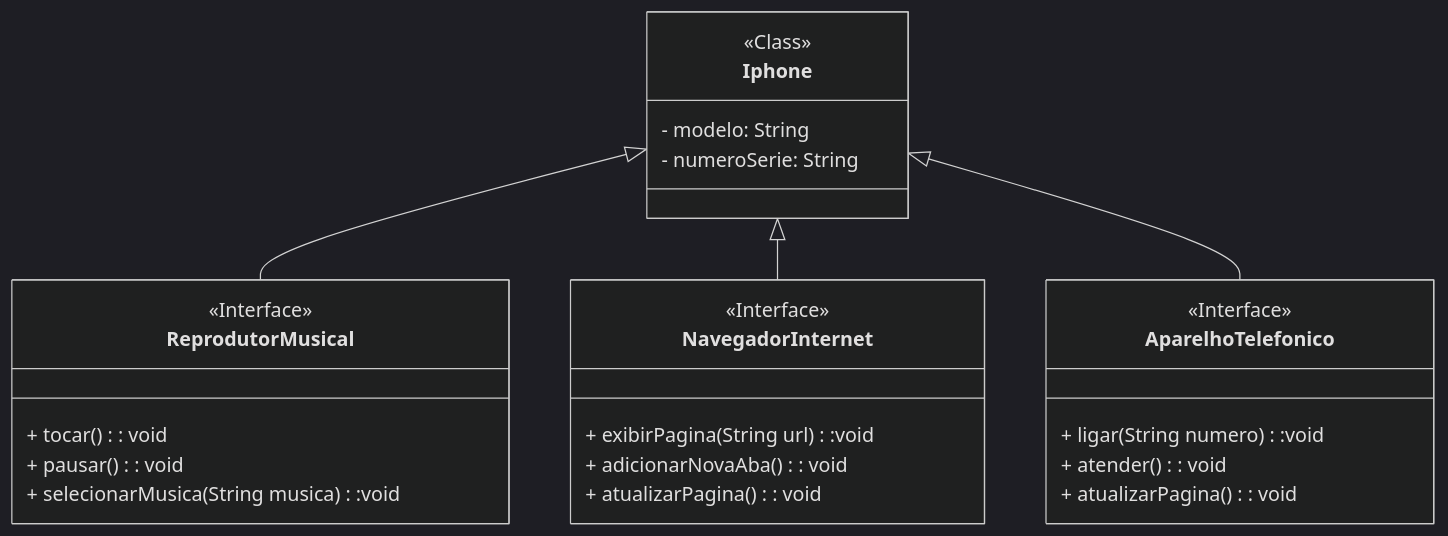
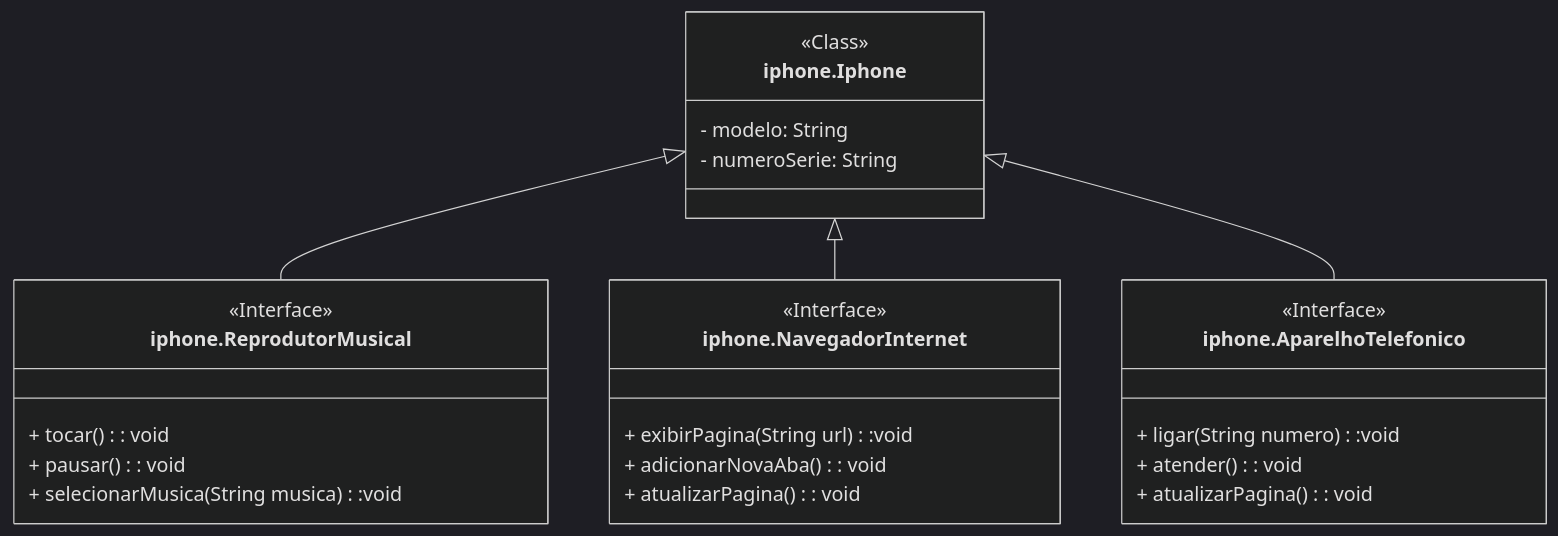
One commit to lucasximenes30/iphone-com-uml changed the diagram in README.md. Above: the diagram before and after it, drawn with Mermaid (dark theme). The commit also changed 6 other files, not shown here.

````diff
--- a/README.md
+++ b/README.md
@@ -14,36 +14,36 @@
 ```mermaid
 classDiagram
 direction TB
-    class Iphone {
+    class iphone.Iphone {
 	    - modelo: String
 	    - numeroSerie: String
     }
 
-    class NavegadorInternet {
+    class iphone.NavegadorInternet {
 	    + exibirPagina(String url) :void
 	    + adicionarNovaAba() : void
 	    + atualizarPagina() : void
     }
 
-    class ReprodutorMusical {
+    class iphone.ReprodutorMusical {
 	    + tocar() : void
 	    + pausar() : void
 	    + selecionarMusica(String musica) :void
     }
 
-    class AparelhoTelefonico {
+    class iphone.AparelhoTelefonico {
 	    + ligar(String numero) :void
 	    + atender() : void
 	    + atualizarPagina() : void
     }
 
-	<<Class>> Iphone
-	<<Interface>> NavegadorInternet
-	<<Interface>> ReprodutorMusical
-	<<Interface>> AparelhoTelefonico
+	<<Class>> iphone.Iphone
+	<<Interface>> iphone.NavegadorInternet
+	<<Interface>> iphone.ReprodutorMusical
+	<<Interface>> iphone.AparelhoTelefonico
 
-    Iphone <|-- ReprodutorMusical
-    Iphone <|-- NavegadorInternet
-    Iphone <|-- AparelhoTelefonico
+    iphone.Iphone <|-- iphone.ReprodutorMusical
+    iphone.Iphone <|-- iphone.NavegadorInternet
+    iphone.Iphone <|-- iphone.AparelhoTelefonico
 
 ```
````
